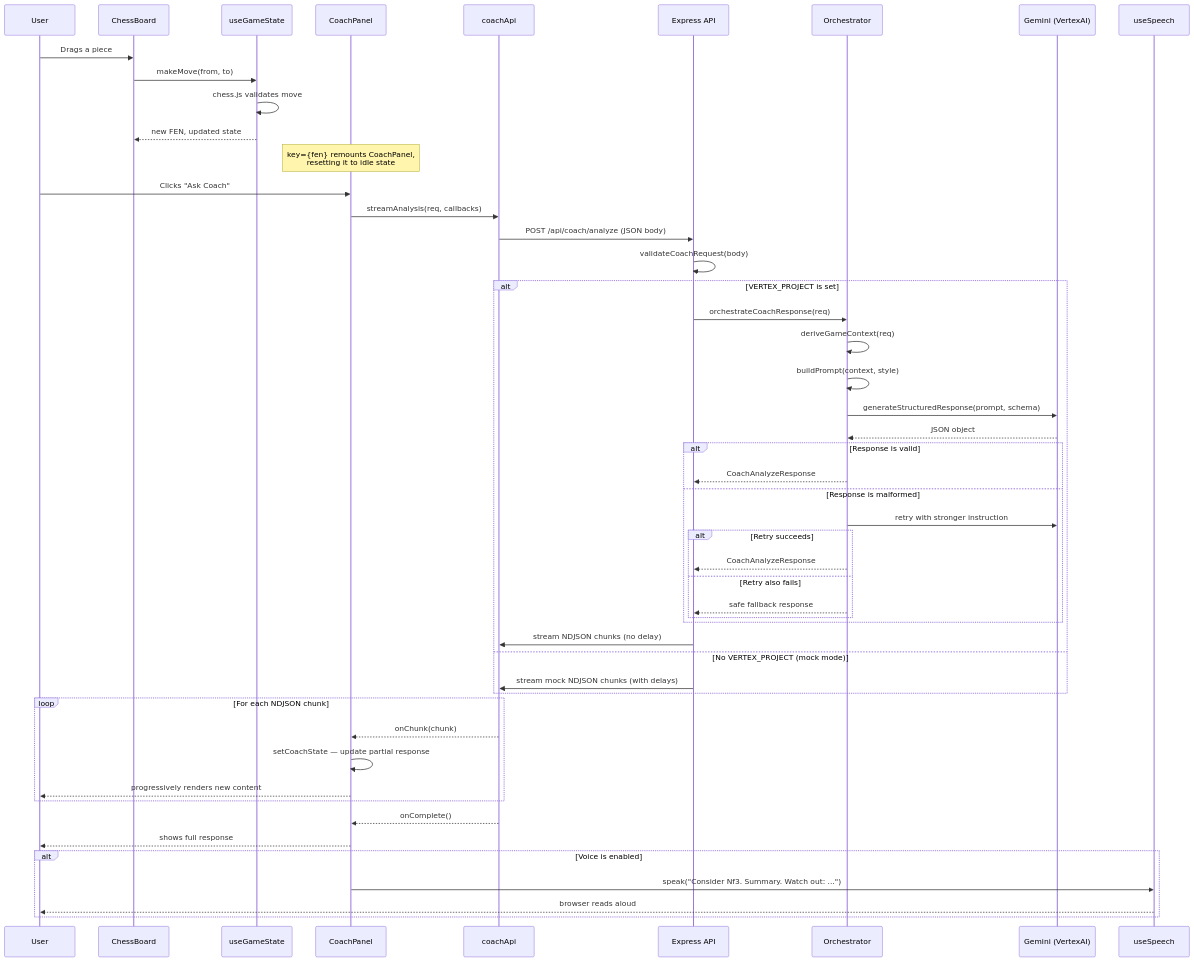
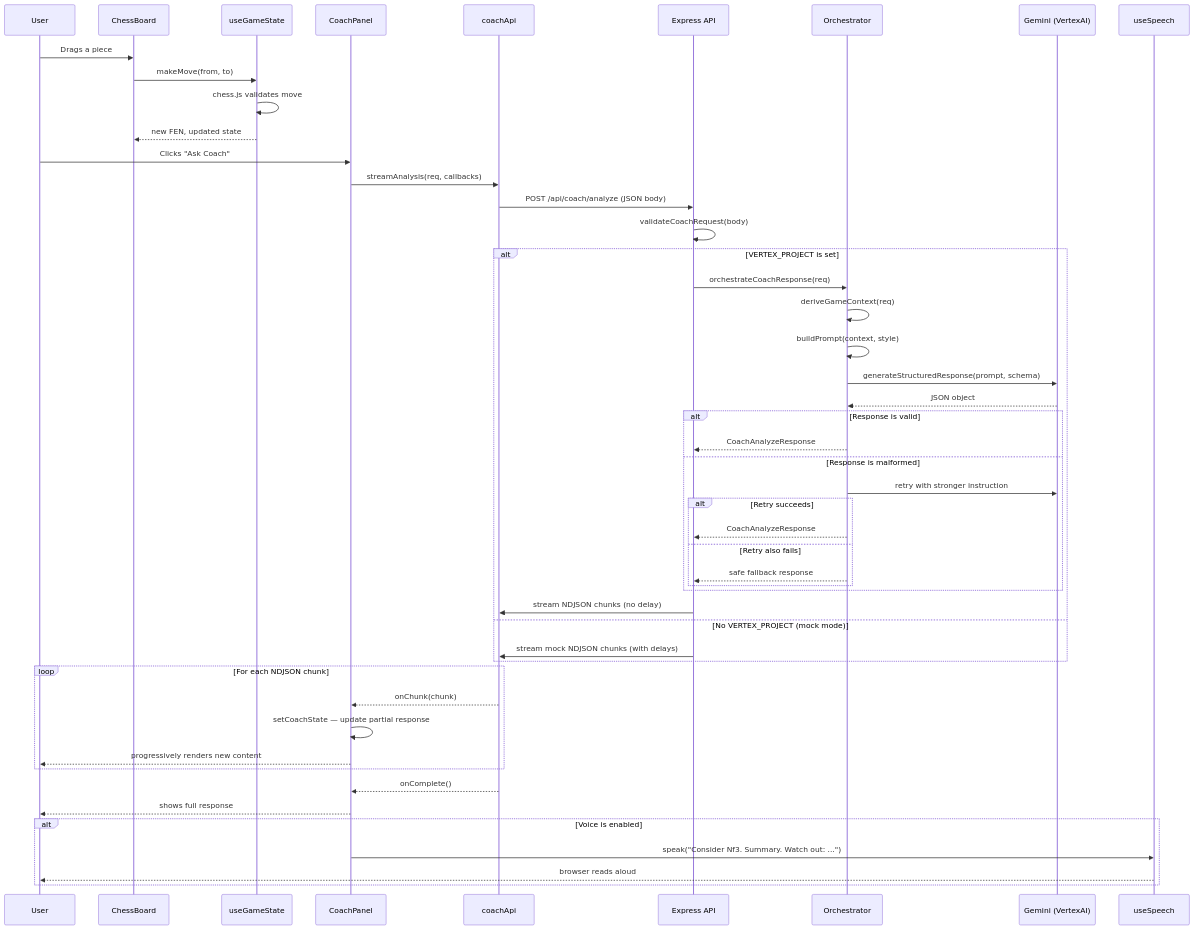
One commit to Cash-Codes/AI_chess_copilot changed the diagram in docs/technical_guide.md. Above: the diagram before and after it, drawn with Mermaid. The commit also changed other lines of this file and 11 other files, not shown here.

````diff
--- a/docs/technical_guide.md
+++ b/docs/technical_guide.md
@@ -90,60 +90,59 @@
 ```mermaid
 sequenceDiagram
     participant User
     participant ChessBoard
     participant useGameState
     participant CoachPanel
     participant coachApi
     participant API as Express API
     participant Orchestrator
     participant Gemini as Gemini (VertexAI)
 
     User->>ChessBoard: Drags a piece
     ChessBoard->>useGameState: makeMove(from, to)
     useGameState->>useGameState: chess.js validates move
     useGameState-->>ChessBoard: new FEN, updated state
-    Note over CoachPanel: key={fen} remounts CoachPanel,<br/>resetting it to idle state
 
     User->>CoachPanel: Clicks "Ask Coach"
     CoachPanel->>coachApi: streamAnalysis(req, callbacks)
     coachApi->>API: POST /api/coach/analyze (JSON body)
 
     API->>API: validateCoachRequest(body)
 
     alt VERTEX_PROJECT is set
         API->>Orchestrator: orchestrateCoachResponse(req)
         Orchestrator->>Orchestrator: deriveGameContext(req)
         Orchestrator->>Orchestrator: buildPrompt(context, style)
         Orchestrator->>Gemini: generateStructuredResponse(prompt, schema)
         Gemini-->>Orchestrator: JSON object
 
         alt Response is valid
             Orchestrator-->>API: CoachAnalyzeResponse
         else Response is malformed
             Orchestrator->>Gemini: retry with stronger instruction
             alt Retry succeeds
                 Orchestrator-->>API: CoachAnalyzeResponse
             else Retry also fails
                 Orchestrator-->>API: safe fallback response
             end
         end
 
         API->>coachApi: stream NDJSON chunks (no delay)
     else No VERTEX_PROJECT (mock mode)
         API->>coachApi: stream mock NDJSON chunks (with delays)
     end
 
     loop For each NDJSON chunk
         coachApi-->>CoachPanel: onChunk(chunk)
         CoachPanel->>CoachPanel: setCoachState — update partial response
         CoachPanel-->>User: progressively renders new content
     end
 
     coachApi-->>CoachPanel: onComplete()
     CoachPanel-->>User: shows full response
 
     alt Voice is enabled
         CoachPanel->>useSpeech: speak("Consider Nf3. Summary. Watch out: ...")
         useSpeech-->>User: browser reads aloud
     end
 ```
````
